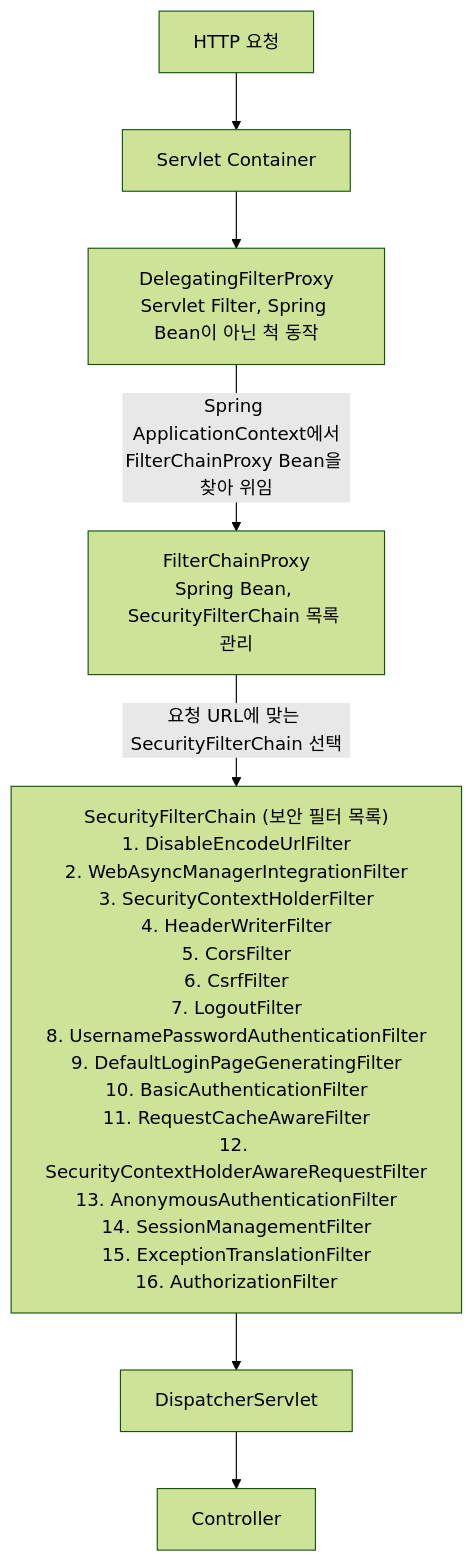
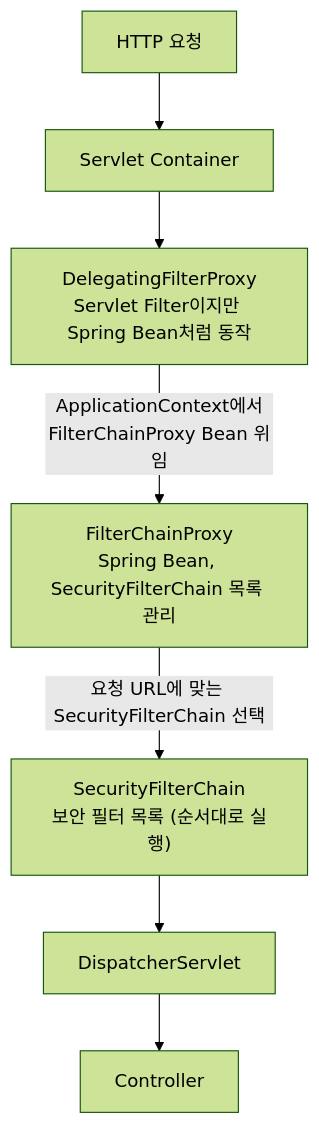
One commit to yjkim2015/yjkim2015.github.io changed the first of 5 diagrams in _posts/spring/2026-05-01-spring-security-architecture.md. Above: the diagram before and after it, drawn with Mermaid (forest theme). The commit also changed other lines of this file and 34 other files, not shown here.

First line of the commit message:
Full quality pass: 41 files — ASCII removed, 동작원리 보강, diagrams

```diff
--- a/_posts/spring/2026-05-01-spring-security-architecture.md
+++ b/_posts/spring/2026-05-01-spring-security-architecture.md
@@ -20,9 +23,9 @@
 <div class="mermaid">
 graph TD
-    A[HTTP 요청] --> B[Servlet Container]
-    B --> C["DelegatingFilterProxy<br>Servlet Filter, Spring Bean이 아닌 척 동작"]
-    C -->|"Spring ApplicationContext에서<br>FilterChainProxy Bean을 찾아 위임"| D["FilterChainProxy<br>Spring Bean, SecurityFilterChain 목록 관리"]
-    D -->|"요청 URL에 맞는 SecurityFilterChain 선택"| E["SecurityFilterChain (보안 필터 목록)<br>1. DisableEncodeUrlFilter<br>2. WebAsyncManagerIntegrationFilter<br>3. SecurityContextHolderFilter<br>4. HeaderWriterFilter<br>5. CorsFilter<br>6. CsrfFilter<br>7. LogoutFilter<br>8. UsernamePasswordAuthenticationFilter<br>9. DefaultLoginPageGeneratingFilter<br>10. BasicAuthenticationFilter<br>11. RequestCacheAwareFilter<br>12. SecurityContextHolderAwareRequestFilter<br>13. AnonymousAuthenticationFilter<br>14. SessionManagementFilter<br>15. ExceptionTranslationFilter<br>16. AuthorizationFilter"]
-    E --> F[DispatcherServlet]
-    F --> G[Controller]
+    A["HTTP 요청"] --> B["Servlet Container"]
+    B --> C["DelegatingFilterProxy<br>Servlet Filter이지만 Spring Bean처럼 동작"]
+    C -->|"ApplicationContext에서<br>FilterChainProxy Bean 위임"| D["FilterChainProxy<br>Spring Bean, SecurityFilterChain 목록 관리"]
+    D -->|"요청 URL에 맞는 SecurityFilterChain 선택"| E["SecurityFilterChain<br>보안 필터 목록 (순서대로 실행)"]
+    E --> F["DispatcherServlet"]
+    F --> G["Controller"]
 </div>
```
